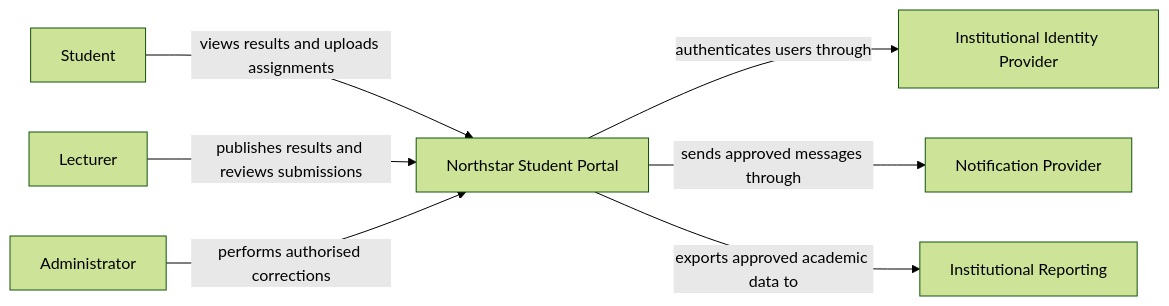
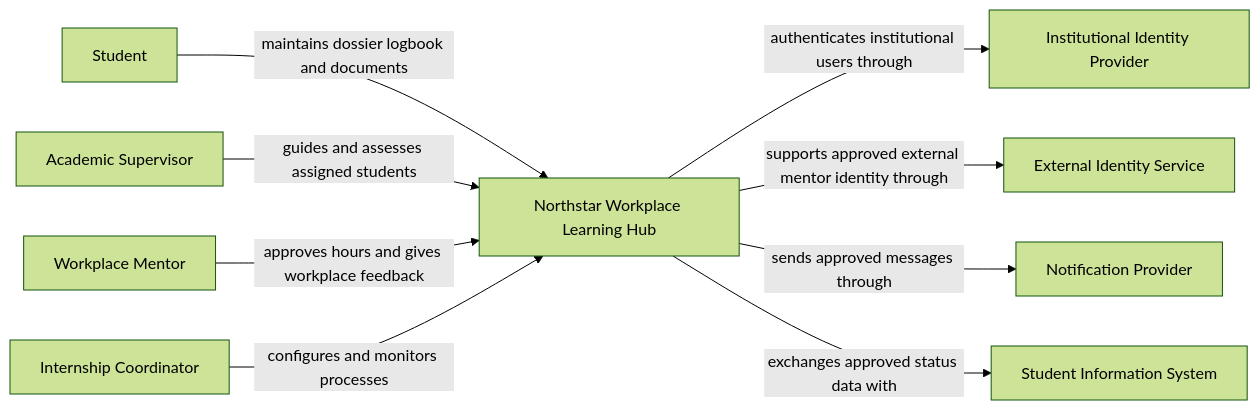
One commit to dhoubrechts/architectures_intro changed the diagram in hands-on/solutions/01-map-the-system-solution.md. Above: the diagram before and after it, drawn with Mermaid (forest theme). The commit also changed other lines of this file and 43 other files, not shown here.

````diff
--- a/hands-on/solutions/01-map-the-system-solution.md
+++ b/hands-on/solutions/01-map-the-system-solution.md
@@ -47,9 +47,11 @@
 ```mermaid
 flowchart LR
-    Student[Student] -->|views results and uploads assignments| Portal[Northstar Student Portal]
-    Lecturer[Lecturer] -->|publishes results and reviews submissions| Portal
-    Admin[Administrator] -->|performs authorised corrections| Portal
-    Portal -->|authenticates users through| IdP[Institutional Identity Provider]
-    Portal -->|sends approved messages through| Notify[Notification Provider]
-    Portal -->|exports approved academic data to| Report[Institutional Reporting]
+    Student[Student] -->|maintains dossier logbook and documents| Hub[Northstar Workplace Learning Hub]
+    Academic[Academic Supervisor] -->|guides and assesses assigned students| Hub
+    Mentor[Workplace Mentor] -->|approves hours and gives workplace feedback| Hub
+    Coordinator[Internship Coordinator] -->|configures and monitors processes| Hub
+    Hub -->|authenticates institutional users through| IdP[Institutional Identity Provider]
+    Hub -->|supports approved external mentor identity through| ExternalId[External Identity Service]
+    Hub -->|sends approved messages through| Notify[Notification Provider]
+    Hub -->|exchanges approved status data with| SIS[Student Information System]
 ```
````
